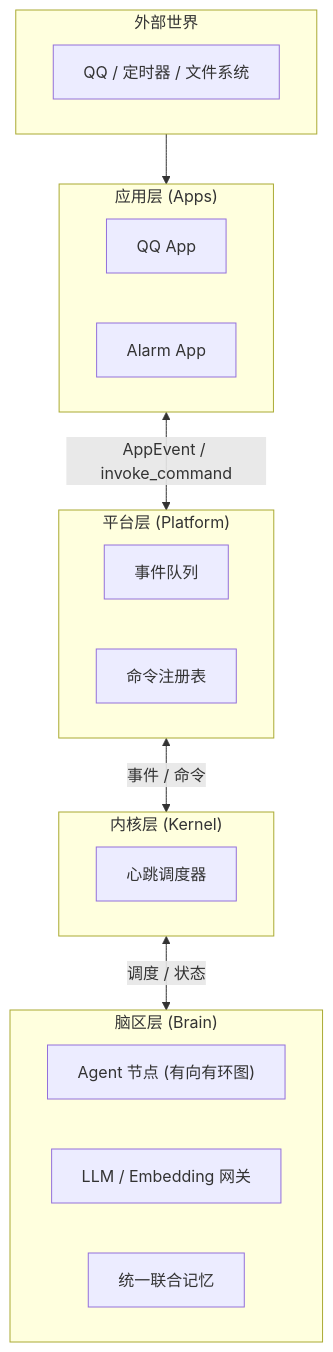
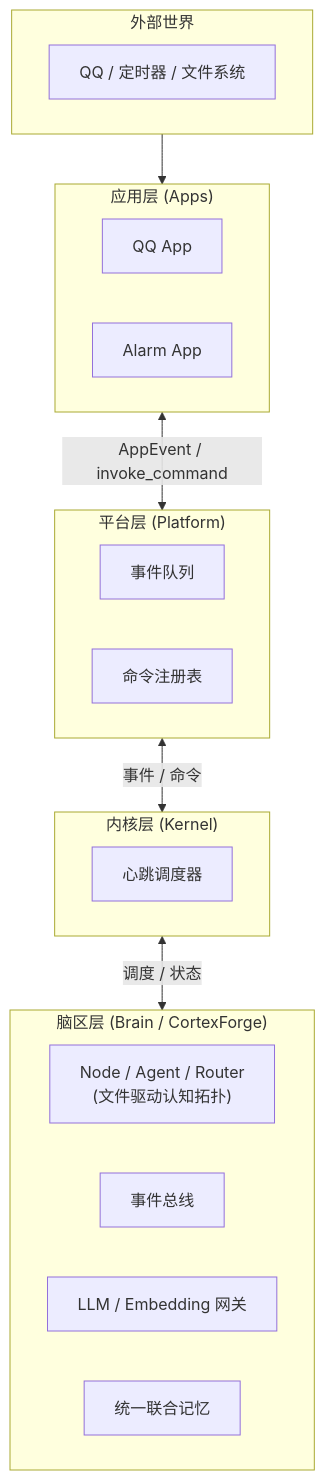
Before and after one commit to JuFireX/AuroraBot: the diagram in docs/architecture/system-overview.md, drawn with Mermaid. The commit also changed other lines of this file and 7 other files, not shown here.

````diff
--- a/docs/architecture/system-overview.md
+++ b/docs/architecture/system-overview.md
@@ -32,32 +32,33 @@
 ```mermaid
 flowchart TB
     subgraph OUTER["外部世界"]
         Adapters["QQ / 定时器 / 文件系统"]
     end
 
     subgraph APPS["应用层 (Apps)"]
         APP_QQ["QQ App"]
         APP_ALARM["Alarm App"]
     end
 
     subgraph PLATFORM["平台层 (Platform)"]
         EVENTS["事件队列"]
         CMDS["命令注册表"]
     end
 
     subgraph KERNEL["内核层 (Kernel)"]
         SCHEDULER["心跳调度器"]
     end
 
-    subgraph BRAIN["脑区层 (Brain)"]
+    subgraph BRAIN["脑区层 (Brain / CortexForge)"]
         direction LR
-        NODES["Agent 节点 (有向有环图)"]
+        NODES["Node / Agent / Router\n(文件驱动认知拓扑)"]
+        EVENTBUS["事件总线"]
         GATEWAYS["LLM / Embedding 网关"]
         MEMORY["统一联合记忆"]
     end
 
     OUTER --> APPS
     APPS <-->|AppEvent / invoke_command| PLATFORM
     PLATFORM <-->|事件 / 命令| KERNEL
     KERNEL <-->|调度 / 状态| BRAIN
 ```
````
